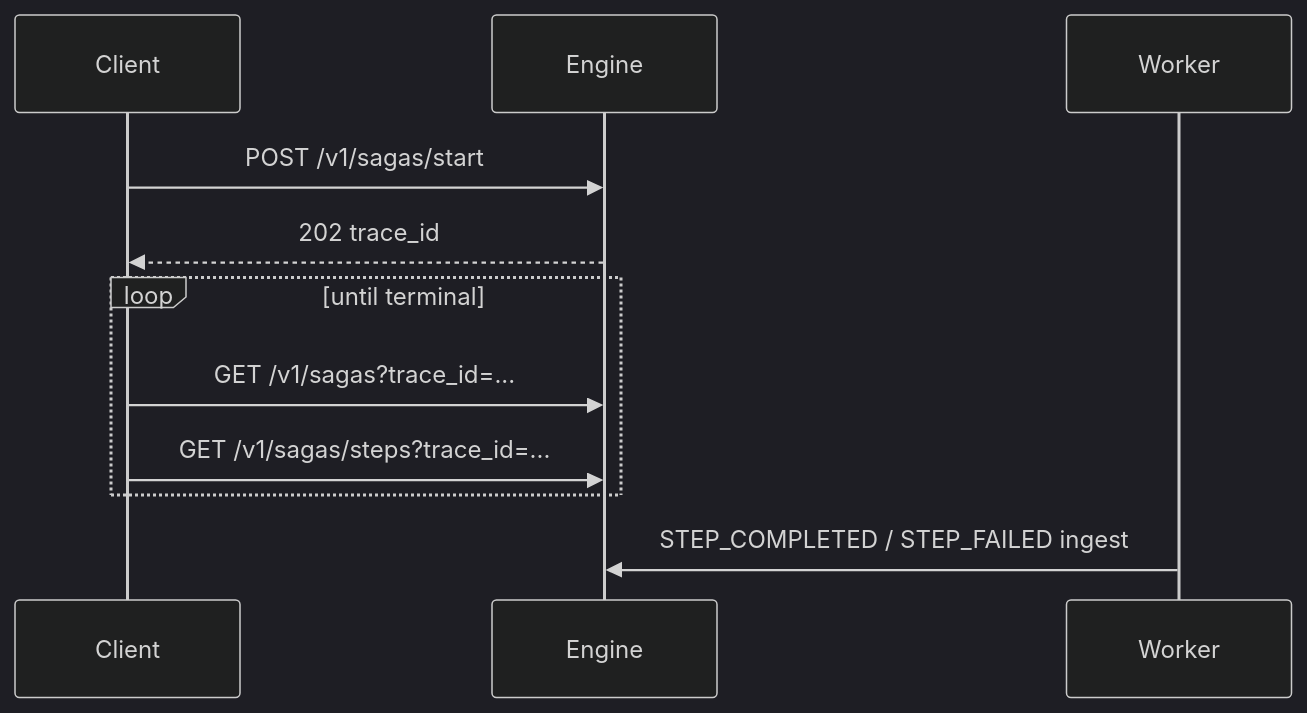
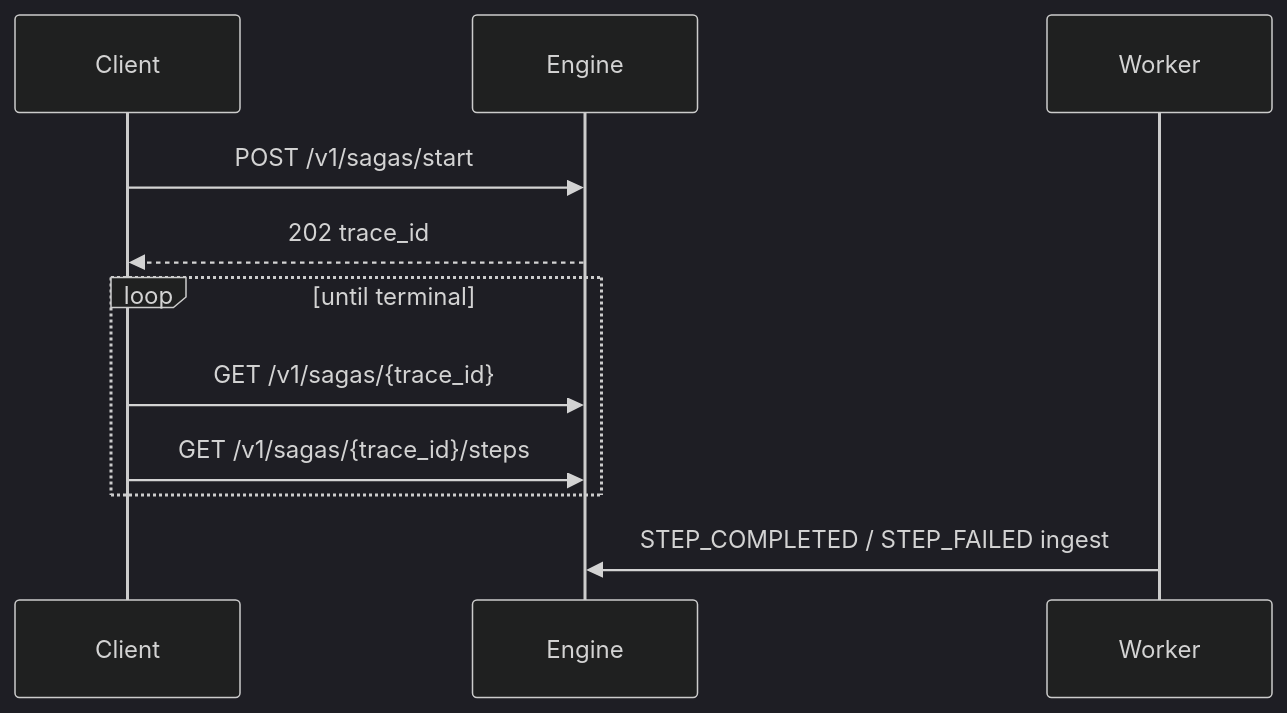
The diagram in docs/guides/api/start-and-monitor.md (warden-runtime/warden-core), drawn with Mermaid (dark theme) before and after one commit. The commit also changed other lines of this file and 17 other files, not shown here.

````diff
--- a/docs/guides/api/start-and-monitor.md
+++ b/docs/guides/api/start-and-monitor.md
@@ -133,13 +146,13 @@
 ```mermaid
 sequenceDiagram
   participant Client
   participant Engine
   participant Worker
   Client->>Engine: POST /v1/sagas/start
   Engine-->>Client: 202 trace_id
   loop until terminal
-    Client->>Engine: GET /v1/sagas?trace_id=...
-    Client->>Engine: GET /v1/sagas/steps?trace_id=...
+    Client->>Engine: GET /v1/sagas/{trace_id}
+    Client->>Engine: GET /v1/sagas/{trace_id}/steps
   end
   Worker->>Engine: STEP_COMPLETED / STEP_FAILED ingest
 ```
````
